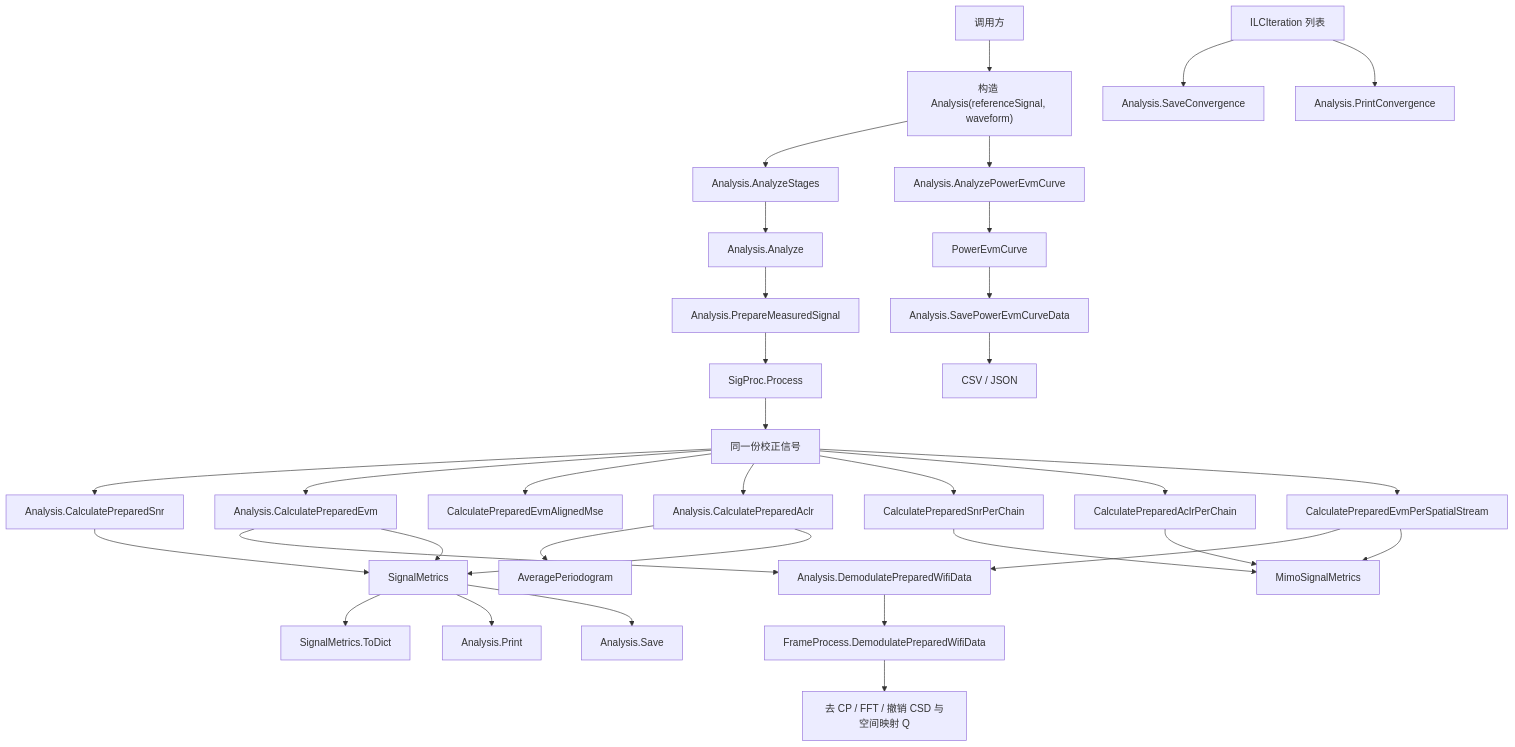
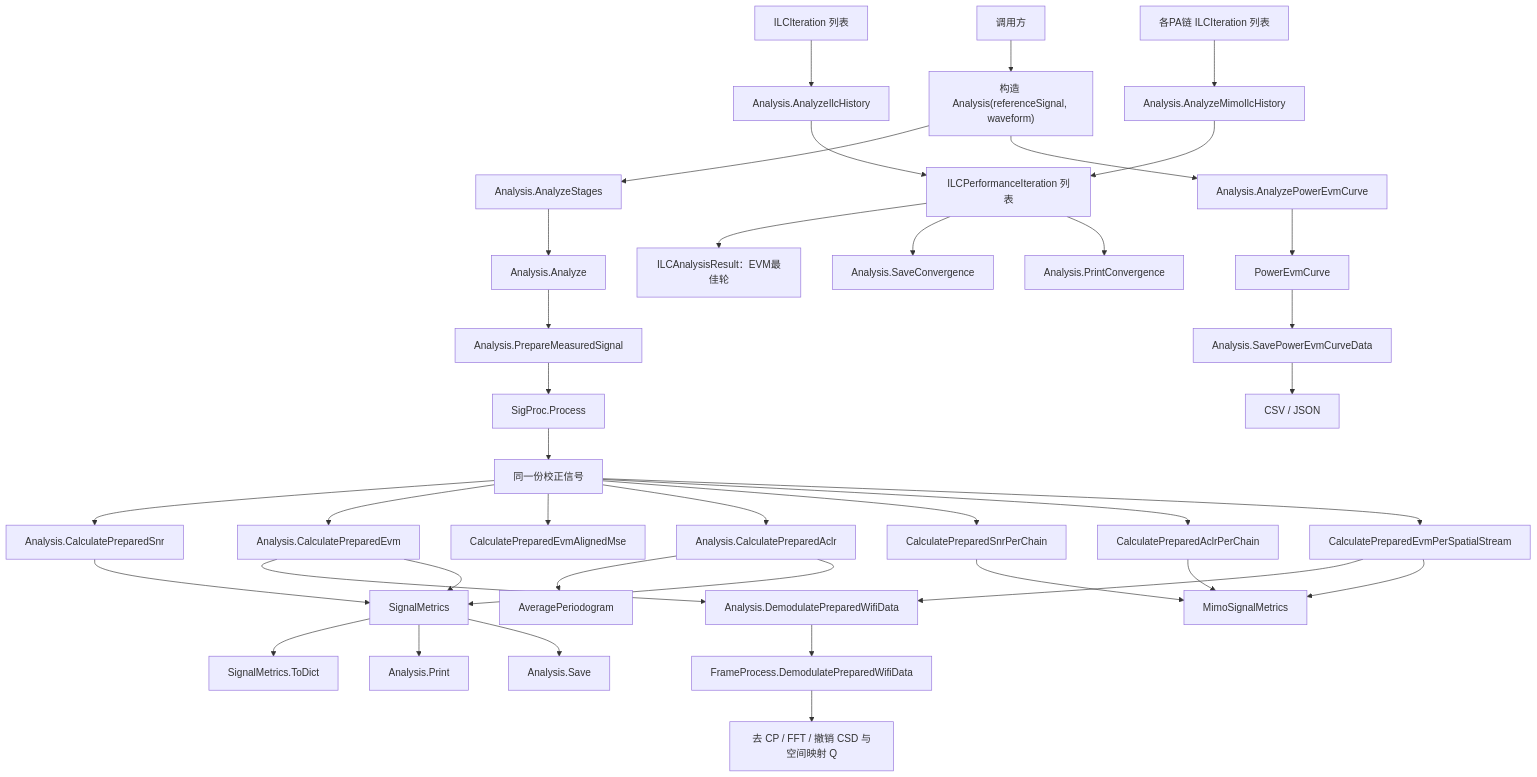
Before and after one commit to niyilu45/DPD_ILC: the ninth of 11 diagrams in README.md, drawn with Mermaid. The commit also changed other lines of this file and 11 other files, not shown here.

Commit message:
Separate ILC learning from performance analysis

````diff
--- a/README.md
+++ b/README.md
@@ -368,38 +370,43 @@
 ```mermaid
 flowchart TD
     caller["调用方"] --> context["构造 Analysis(referenceSignal, waveform)"]
     context --> stages["Analysis.AnalyzeStages"]
     stages --> analyze["Analysis.Analyze"]
     analyze --> prepare["Analysis.PrepareMeasuredSignal"]
     prepare --> sigProc["SigProc.Process"]
     sigProc --> prepared["同一份校正信号"]
     prepared --> snr["Analysis.CalculatePreparedSnr"]
     prepared --> evm["Analysis.CalculatePreparedEvm"]
     prepared --> evmMse["CalculatePreparedEvmAlignedMse"]
     prepared --> aclr["Analysis.CalculatePreparedAclr"]
     prepared --> chainSnr["CalculatePreparedSnrPerChain"]
     prepared --> chainAclr["CalculatePreparedAclrPerChain"]
     prepared --> streamEvm["CalculatePreparedEvmPerSpatialStream"]
 
     evm --> demod["Analysis.DemodulatePreparedWifiData"]
     streamEvm --> demod
     demod --> frameProcess["FrameProcess.DemodulatePreparedWifiData"]
     frameProcess --> undo["去 CP / FFT / 撤销 CSD 与空间映射 Q"]
     aclr --> psd["AveragePeriodogram"]
 
     snr --> metrics["SignalMetrics"]
     evm --> metrics
     aclr --> metrics
     chainSnr --> mimoMetrics["MimoSignalMetrics"]
     chainAclr --> mimoMetrics
     streamEvm --> mimoMetrics
     metrics --> toDict["SignalMetrics.ToDict"]
     metrics --> print["Analysis.Print"]
     metrics --> save["Analysis.Save"]
-    convergence["ILCIteration 列表"] --> saveConvergence["Analysis.SaveConvergence"]
+    nativeHistory["ILCIteration 列表"] --> analyzeHistory["Analysis.AnalyzeIlcHistory"]
+    nativeMimoHistory["各PA链 ILCIteration 列表"] --> analyzeMimoHistory["Analysis.AnalyzeMimoIlcHistory"]
+    analyzeHistory --> convergence["ILCPerformanceIteration 列表"]
+    analyzeMimoHistory --> convergence
+    convergence --> bestRound["ILCAnalysisResult：EVM最佳轮"]
+    convergence --> saveConvergence["Analysis.SaveConvergence"]
     convergence --> printConvergence["Analysis.PrintConvergence"]
     context --> powerSweep["Analysis.AnalyzePowerEvmCurve"]
     powerSweep --> curve["PowerEvmCurve"]
     curve --> curveSave["Analysis.SavePowerEvmCurveData"]
     curveSave --> curveFiles["CSV / JSON"]
 ```
````
